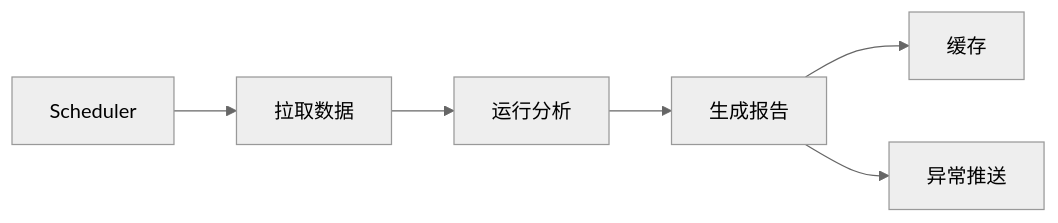
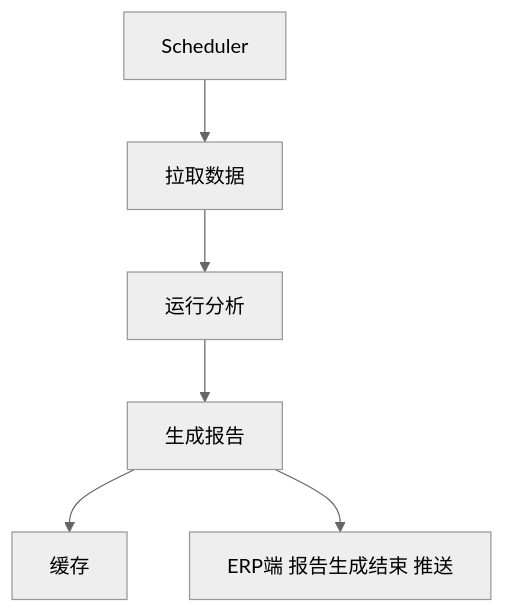
The third of 3 diagrams in docs/开发文档.md (FuLuTang/AI-Store-Analysis-System), drawn with Mermaid (neutral theme) before and after one commit. The commit also changed other lines of this file and 3 other files, not shown here.

````diff
--- a/docs/开发文档.md
+++ b/docs/开发文档.md
@@ -504,8 +504,8 @@
 ```mermaid
-flowchart LR
+flowchart TD
     A[Scheduler] --> B[拉取数据]
     B --> C[运行分析]
     C --> D[生成报告]
     D --> E[缓存]
-    D --> F[异常推送]
+    D --> F[ERP端 报告生成结束 推送]
 ```
````
